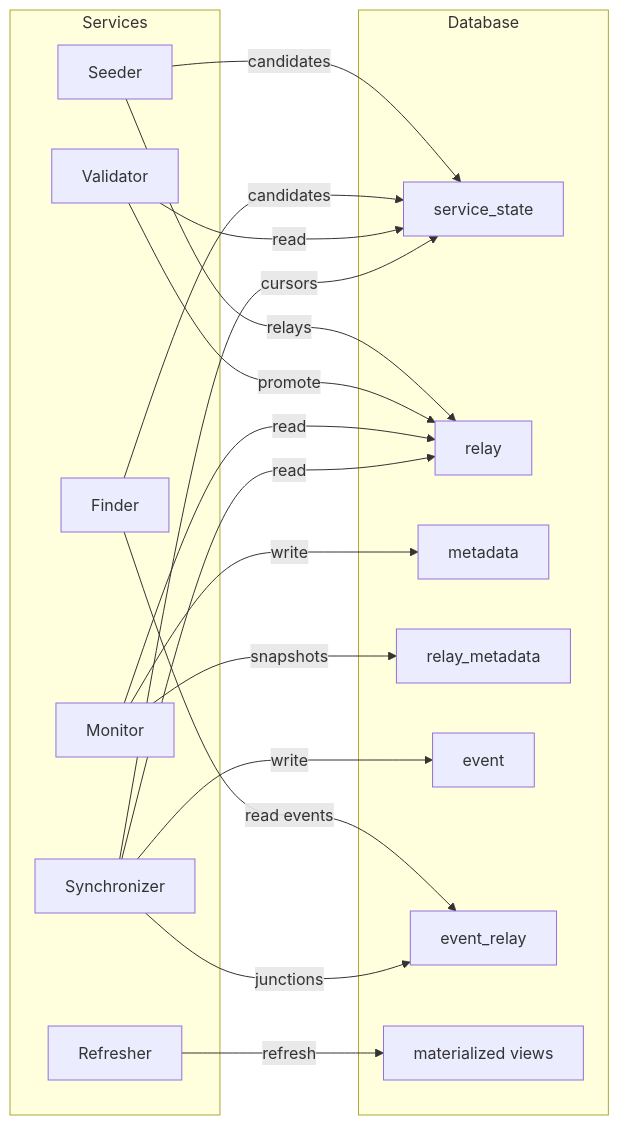
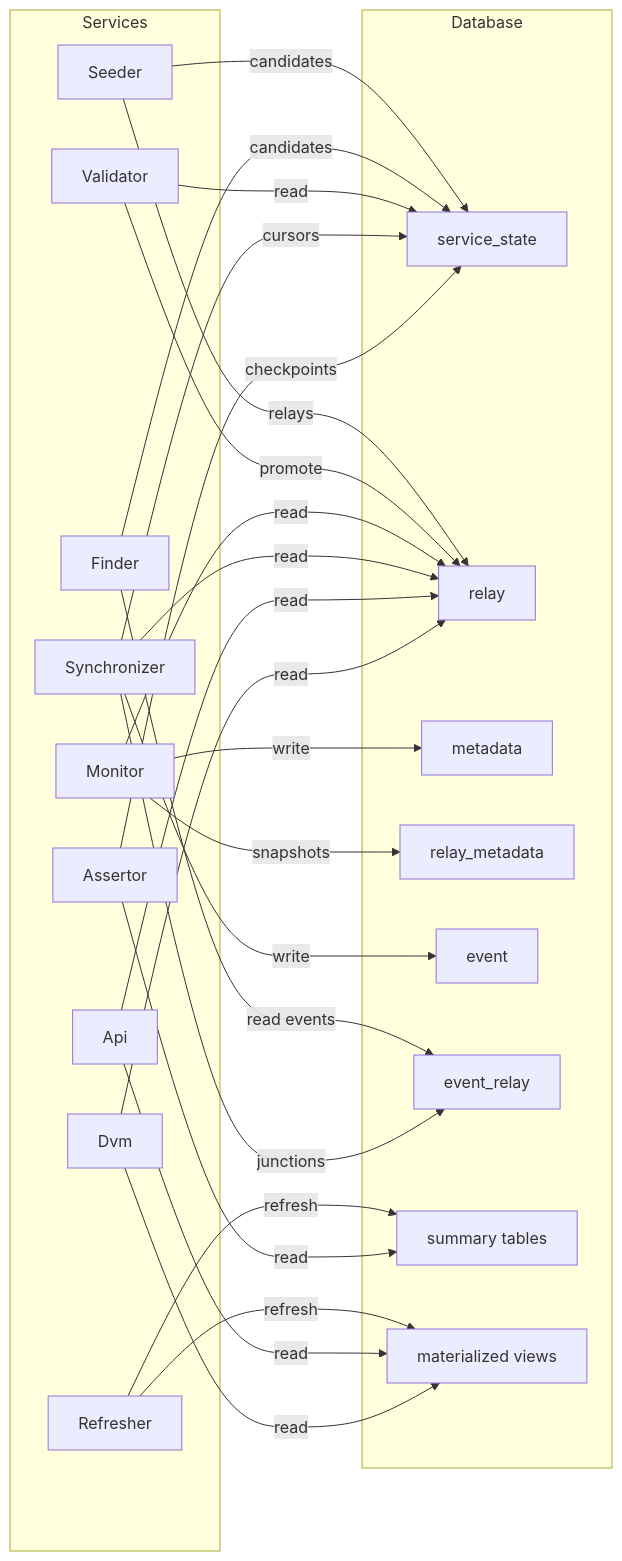
The first of 5 diagrams in docs/user-guide/services.md (BigBrotr/bigbrotr), drawn with Mermaid before and after one commit. The commit also changed 5 other files, not shown here.

````diff
--- a/docs/user-guide/services.md
+++ b/docs/user-guide/services.md
@@ -23,36 +23,47 @@
 ```mermaid
 flowchart LR
     subgraph Services
         SE["Seeder"]
         FI["Finder"]
         VA["Validator"]
         MO["Monitor"]
         SY["Synchronizer"]
         RE2["Refresher"]
+        AS["Assertor"]
+        AP["Api"]
+        DV["Dvm"]
     end
 
     subgraph Database
         SS["service_state"]
         RE["relay"]
         MD["metadata"]
         RM["relay_metadata"]
         EV["event"]
         ER["event_relay"]
+        ST["summary tables"]
         MV["materialized views"]
     end
 
     SE -->|"candidates"| SS
     SE -->|"relays"| RE
     FI -->|"read events"| ER
     FI -->|"candidates"| SS
     VA -->|"read"| SS
     VA -->|"promote"| RE
     MO -->|"read"| RE
     MO -->|"write"| MD
     MO -->|"snapshots"| RM
     SY -->|"read"| RE
     SY -->|"cursors"| SS
     SY -->|"write"| EV
     SY -->|"junctions"| ER
+    RE2 -->|"refresh"| ST
     RE2 -->|"refresh"| MV
+    AS -->|"read"| ST
+    AS -->|"checkpoints"| SS
+    AP -->|"read"| RE
+    AP -->|"read"| MV
+    DV -->|"read"| RE
+    DV -->|"read"| MV
 ```
````
